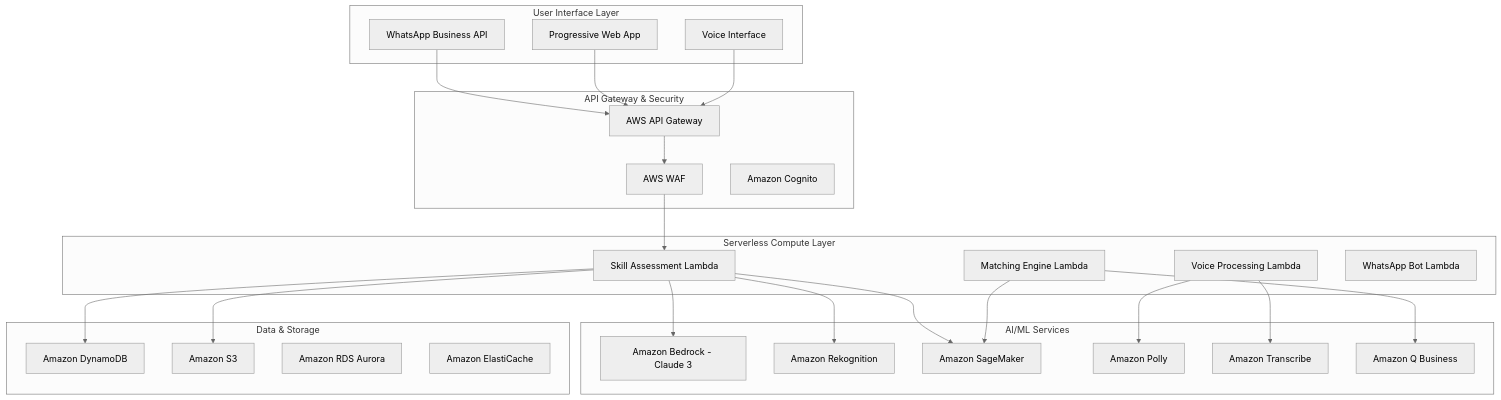
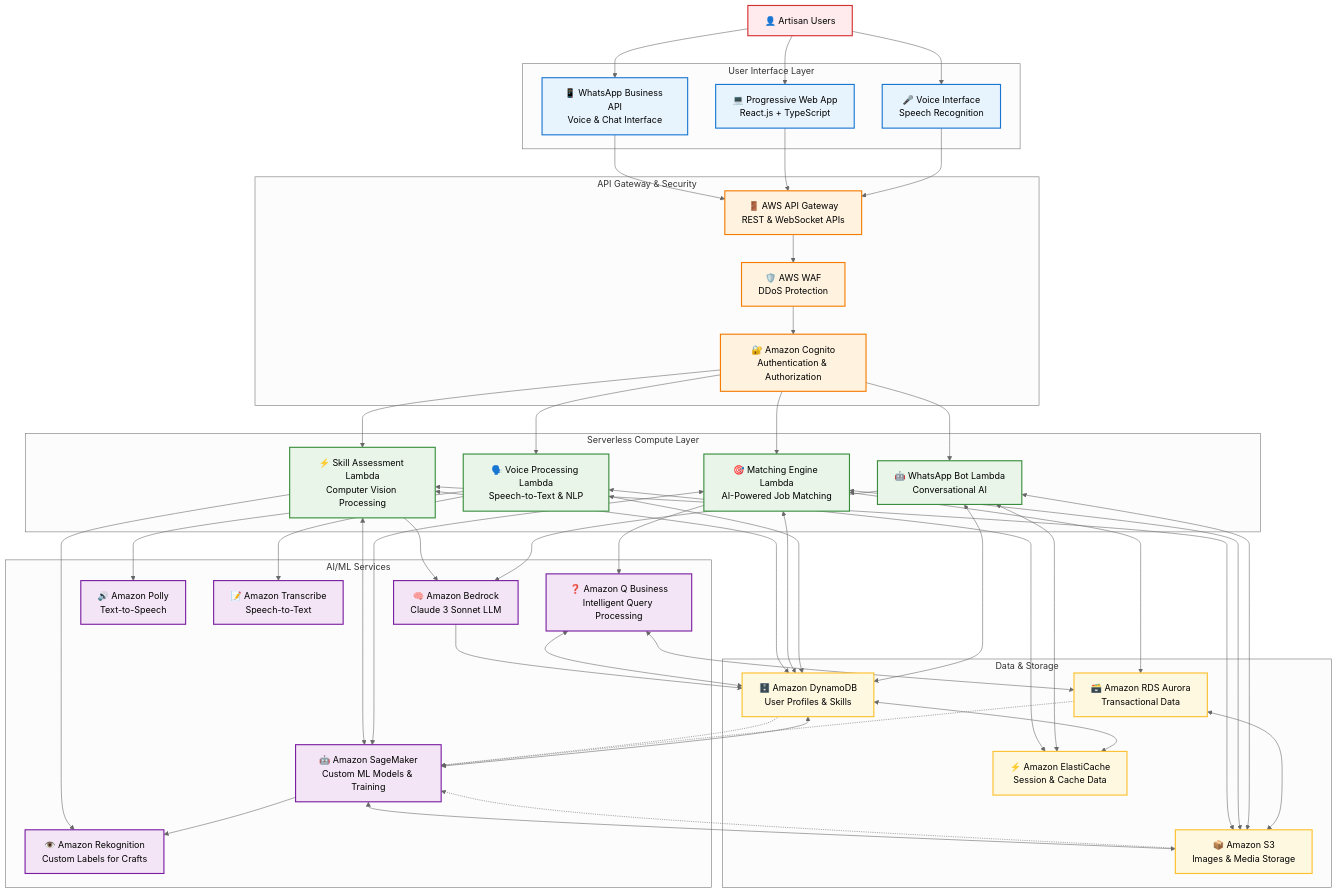
The diagram in .kiro/design.md (rukaiya14/SheBalance), drawn with Mermaid (neutral theme) before and after one commit. The commit also changed other lines of this file, not shown here.

Commit message:
Update design.md with realistic architecture diagram
- Updated architecture overview with bidirectional data flows
- Added proper DynamoDB read/write patterns
- Included SageMaker ML training feedback loops
- Added explanation of key architectural patterns
- Shows realistic service interactions and data exchange
- Matches the new realistic architecture PNG diagram

````diff
--- a/.kiro/design.md
+++ b/.kiro/design.md
@@ -10,52 +10,118 @@
 ```mermaid
 graph TB
+    %% Define styles for different service categories
+    classDef userInterface fill:#E8F4FD,stroke:#1976D2,stroke-width:2px,color:#000
+    classDef security fill:#FFF3E0,stroke:#F57C00,stroke-width:2px,color:#000
+    classDef compute fill:#E8F5E8,stroke:#388E3C,stroke-width:2px,color:#000
+    classDef ai fill:#F3E5F5,stroke:#7B1FA2,stroke-width:2px,color:#000
+    classDef storage fill:#FFF8E1,stroke:#FBC02D,stroke-width:2px,color:#000
+    classDef user fill:#FFEBEE,stroke:#D32F2F,stroke-width:2px,color:#000
+
+    %% User Layer
+    User[👤 Artisan Users]:::user
+    
+    %% User Interface Layer
     subgraph "User Interface Layer"
-        WA[WhatsApp Business API]
-        PWA[Progressive Web App]
-        Voice[Voice Interface]
+        WA[📱 WhatsApp Business API<br/>Voice & Chat Interface]:::userInterface
+        PWA[💻 Progressive Web App<br/>React.js + TypeScript]:::userInterface
+        Voice[🎤 Voice Interface<br/>Speech Recognition]:::userInterface
     end
     
+    %% API Gateway & Security Layer
     subgraph "API Gateway & Security"
-        APIG[AWS API Gateway]
-        WAF[AWS WAF]
-        Cognito[Amazon Cognito]
+        APIG[🚪 AWS API Gateway<br/>REST & WebSocket APIs]:::security
+        WAF[🛡️ AWS WAF<br/>DDoS Protection]:::security
+        Cognito[🔐 Amazon Cognito<br/>Authentication & Authorization]:::security
     end
     
+    %% Serverless Compute Layer
     subgraph "Serverless Compute Layer"
-        Lambda1[Skill Assessment Lambda]
-        Lambda2[Matching Engine Lambda]
-        Lambda3[Voice Processing Lambda]
-        Lambda4[WhatsApp Bot Lambda]
+        Lambda1[⚡ Skill Assessment Lambda<br/>Computer Vision Processing]:::compute
+        Lambda2[🎯 Matching Engine Lambda<br/>AI-Powered Job Matching]:::compute
+        Lambda3[🗣️ Voice Processing Lambda<br/>Speech-to-Text & NLP]:::compute
+        Lambda4[🤖 WhatsApp Bot Lambda<br/>Conversational AI]:::compute
     end
     
+    %% AI/ML Services Layer
     subgraph "AI/ML Services"
-        Bedrock[Amazon Bedrock - Claude 3]
-        Rekognition[Amazon Rekognition]
-        SageMaker[Amazon SageMaker]
-        Polly[Amazon Polly]
-        Transcribe[Amazon Transcribe]
-        Q[Amazon Q Business]
+        Bedrock[🧠 Amazon Bedrock<br/>Claude 3 Sonnet LLM]:::ai
+        Rekognition[👁️ Amazon Rekognition<br/>Custom Labels for Crafts]:::ai
+        SageMaker[🤖 Amazon SageMaker<br/>Custom ML Models & Training]:::ai
+        Polly[🔊 Amazon Polly<br/>Text-to-Speech]:::ai
+        Transcribe[📝 Amazon Transcribe<br/>Speech-to-Text]:::ai
+        Q[❓ Amazon Q Business<br/>Intelligent Query Processing]:::ai
     end
     
+    %% Data & Storage Layer
     subgraph "Data & Storage"
-        DynamoDB[Amazon DynamoDB]
-        S3[Amazon S3]
-        RDS[Amazon RDS Aurora]
-        ElastiCache[Amazon ElastiCache]
+        DynamoDB[🗄️ Amazon DynamoDB<br/>User Profiles & Skills]:::storage
+        S3[📦 Amazon S3<br/>Images & Media Storage]:::storage
+        RDS[🗃️ Amazon RDS Aurora<br/>Transactional Data]:::storage
+        ElastiCache[⚡ Amazon ElastiCache<br/>Session & Cache Data]:::storage
     end
     
+    %% User to Interface Connections
+    User --> WA
+    User --> PWA
+    User --> Voice
+    
+    %% Interface to API Gateway
     WA --> APIG
     PWA --> APIG
     Voice --> APIG
+    
+    %% API Gateway Security Flow
     APIG --> WAF
-    WAF --> Lambda1
+    WAF --> Cognito
+    
+    %% Cognito to Lambda Authentication
+    Cognito --> Lambda1
+    Cognito --> Lambda2
+    Cognito --> Lambda3
+    Cognito --> Lambda4
+    
+    %% Lambda 1 (Skill Assessment) Bidirectional Flows
+    Lambda1 <--> DynamoDB
+    Lambda1 <--> S3
+    Lambda1 --> Rekognition
+    Lambda1 <--> SageMaker
     Lambda1 --> Bedrock
-    Lambda1 --> Rekognition
-    Lambda1 --> SageMaker
+    
+    %% Lambda 2 (Matching Engine) Bidirectional Flows
+    Lambda2 <--> DynamoDB
+    Lambda2 <--> RDS
+    Lambda2 <--> SageMaker
     Lambda2 --> Q
-    Lambda2 --> SageMaker
+    Lambda2 <--> S3
+    
+    %% Lambda 3 (Voice Processing) Bidirectional Flows
+    Lambda3 <--> ElastiCache
+    Lambda3 <--> DynamoDB
+    Lambda3 --> Transcribe
     Lambda3 --> Polly
-    Lambda3 --> Transcribe
-    Lambda1 --> DynamoDB
-    Lambda1 --> S3
+    
+    %% Lambda 4 (WhatsApp Bot) Bidirectional Flows
+    Lambda4 <--> DynamoDB
+    Lambda4 <--> ElastiCache
+    Lambda4 <--> S3
+    Lambda4 --> Bedrock
+    
+    %% SageMaker Training & Inference Flows
+    SageMaker <--> S3
+    SageMaker <--> DynamoDB
+    SageMaker --> Rekognition
+    
+    %% AI Services Data Flows
+    Bedrock --> DynamoDB
+    Q <--> RDS
+    Q <--> DynamoDB
+    
+    %% Storage Interconnections
+    DynamoDB <--> ElastiCache
+    RDS <--> S3
+    
+    %% Feedback Loops for ML Training
+    DynamoDB -.-> SageMaker
+    S3 -.-> SageMaker
+    RDS -.-> SageMaker
 ```
````
